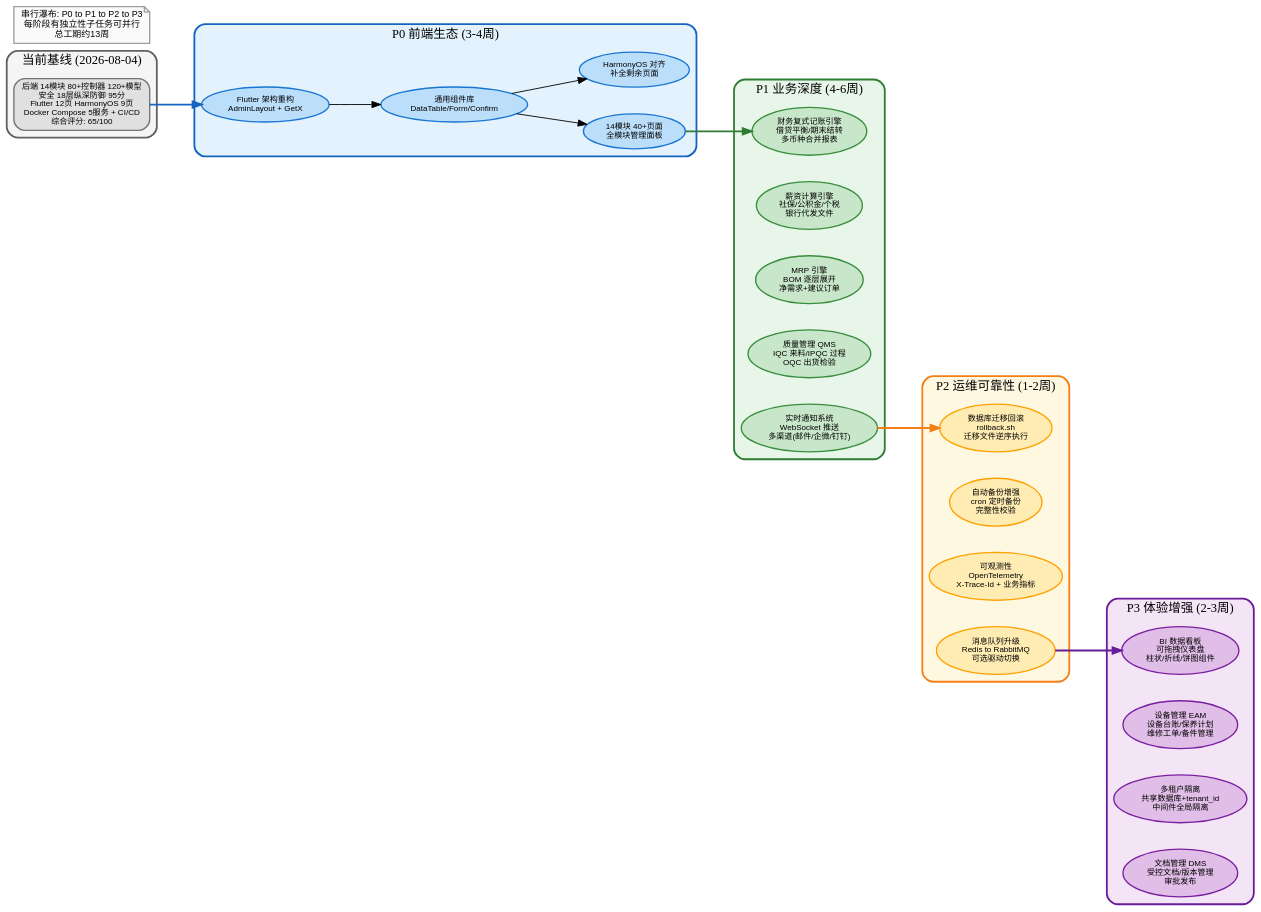
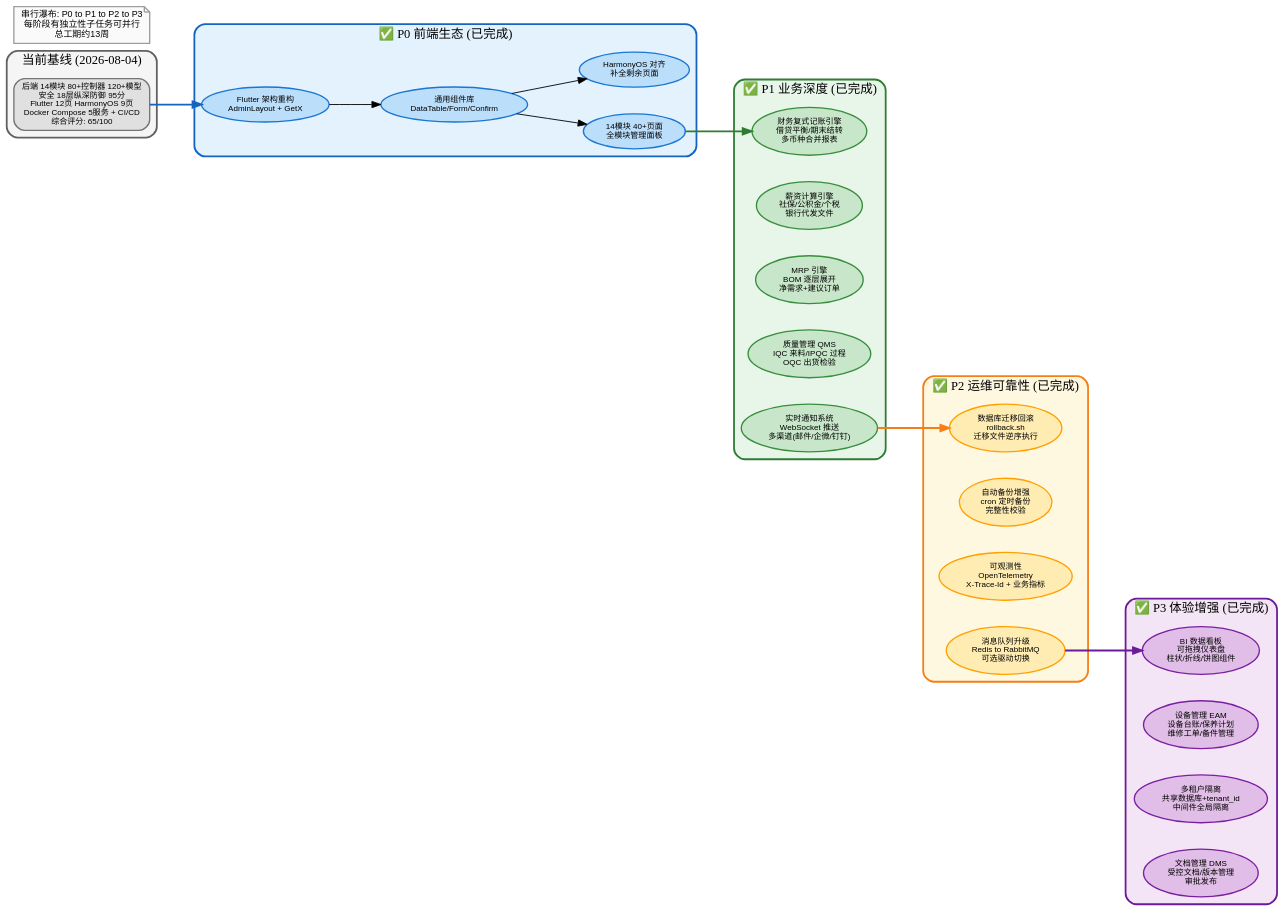
The diagram in docs/diagrams/roadmap-phases-cn.dot (erikwang2013/erp-php), drawn with Graphviz before and after one commit. The commit also changed 5 other files, not shown here.

```diff
--- a/docs/diagrams/roadmap-phases-cn.dot
+++ b/docs/diagrams/roadmap-phases-cn.dot
@@ -1,72 +1,72 @@
 digraph RoadmapPhasesCN {
     rankdir=LR;
     fontname="Arial";
     fontsize=14;
     bgcolor="transparent";
     nodesep=0.4;
     ranksep=0.8;
     compound=true;
 
     node [fontname="Arial", fontsize=10, style="filled,rounded", penwidth=1.5];
 
     subgraph cluster_p0 {
-        label="P0 前端生态 (3-4周)";
+        label="✅ P0 前端生态 (已完成)";
         fontsize=14; fontname="Arial Bold";
         style="filled,rounded"; fillcolor="#e3f2fd"; color="#1565c0"; penwidth=2;
         node [fillcolor="#bbdefb", color="#1976d2", fontsize=9];
         p0a [label="Flutter 架构重构\nAdminLayout + GetX"];
         p0b [label="通用组件库\nDataTable/Form/Confirm"];
         p0c [label="14模块 40+页面\n全模块管理面板"];
         p0d [label="HarmonyOS 对齐\n补全剩余页面"];
         p0a -> p0b -> p0c; p0b -> p0d;
     }
 
     subgraph cluster_p1 {
-        label="P1 业务深度 (4-6周)";
+        label="✅ P1 业务深度 (已完成)";
         fontsize=14; fontname="Arial Bold";
         style="filled,rounded"; fillcolor="#e8f5e9"; color="#2e7d32"; penwidth=2;
         node [fillcolor="#c8e6c9", color="#388e3c", fontsize=9];
         p1a [label="财务复式记账引擎\n借贷平衡/期末结转\n多币种合并报表"];
         p1b [label="薪资计算引擎\n社保/公积金/个税\n银行代发文件"];
         p1c [label="MRP 引擎\nBOM 逐层展开\n净需求+建议订单"];
         p1d [label="质量管理 QMS\nIQC 来料/IPQC 过程\nOQC 出货检验"];
         p1e [label="实时通知系统\nWebSocket 推送\n多渠道(邮件/企微/钉钉)"];
     }
 
     subgraph cluster_p2 {
-        label="P2 运维可靠性 (1-2周)";
+        label="✅ P2 运维可靠性 (已完成)";
         fontsize=14; fontname="Arial Bold";
         style="filled,rounded"; fillcolor="#fff8e1"; color="#f57f17"; penwidth=2;
         node [fillcolor="#ffecb3", color="#ffa000", fontsize=9];
         p2a [label="数据库迁移回滚\nrollback.sh\n迁移文件逆序执行"];
         p2b [label="自动备份增强\ncron 定时备份\n完整性校验"];
         p2c [label="可观测性\nOpenTelemetry\nX-Trace-Id + 业务指标"];
         p2d [label="消息队列升级\nRedis to RabbitMQ\n可选驱动切换"];
     }
 
     subgraph cluster_p3 {
-        label="P3 体验增强 (2-3周)";
+        label="✅ P3 体验增强 (已完成)";
         fontsize=14; fontname="Arial Bold";
         style="filled,rounded"; fillcolor="#f3e5f5"; color="#6a1b9a"; penwidth=2;
         node [fillcolor="#e1bee7", color="#7b1fa2", fontsize=9];
         p3a [label="BI 数据看板\n可拖拽仪表盘\n柱状/折线/饼图组件"];
         p3b [label="设备管理 EAM\n设备台账/保养计划\n维修工单/备件管理"];
         p3c [label="多租户隔离\n共享数据库+tenant_id\n中间件全局隔离"];
         p3d [label="文档管理 DMS\n受控文档/版本管理\n审批发布"];
     }
 
     subgraph cluster_current {
         label="当前基线 (2026-08-04)";
         fontsize=14; fontname="Arial Bold";
         style="filled,rounded"; fillcolor="#f5f5f5"; color="#616161"; penwidth=2;
         node [fillcolor="#e0e0e0", color="#757575", fontsize=9, shape="box"];
         cur [label="后端 14模块 80+控制器 120+模型\n安全 18层纵深防御 95分\nFlutter 12页 HarmonyOS 9页\nDocker Compose 5服务 + CI/CD\n综合评分: 65/100"];
     }
 
     cur -> p0a [color="#1565c0", penwidth=2];
     p0c -> p1a [color="#2e7d32", penwidth=2];
     p1e -> p2a [color="#f57f17", penwidth=2];
     p2d -> p3a [color="#6a1b9a", penwidth=2];
 
     legend [label="串行瀑布: P0 to P1 to P2 to P3\n每阶段有独立性子任务可并行\n总工期约13周", shape="note", fillcolor="#fafafa", color="#9e9e9e", fontsize=10];
 }
```
